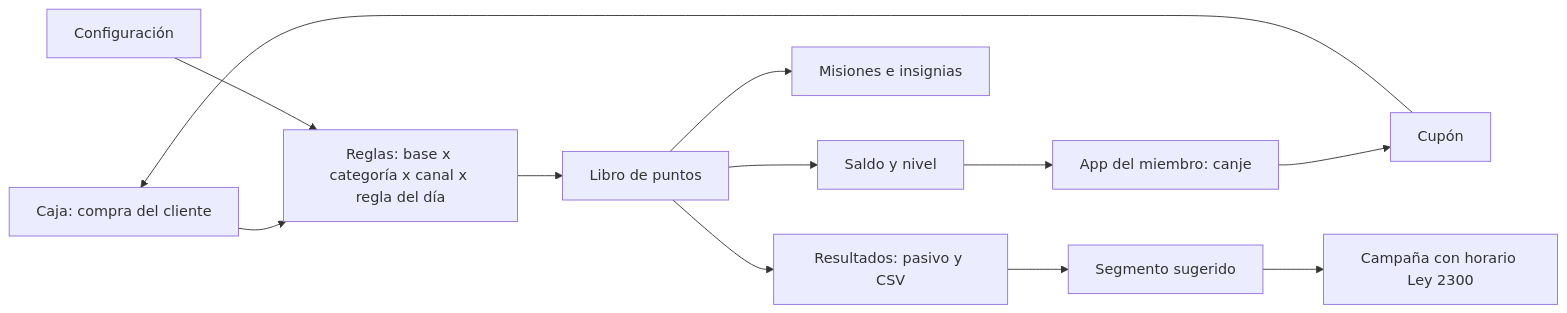
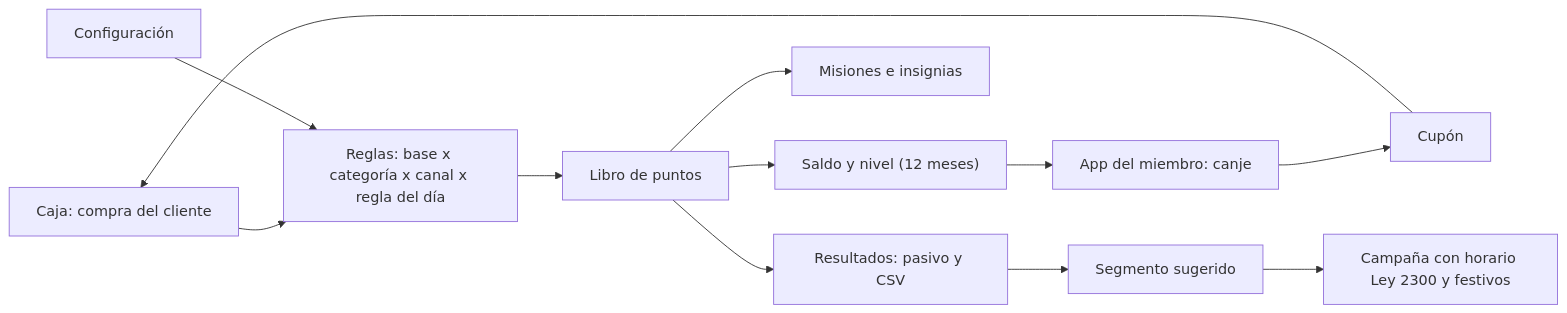
The diagram in docs/wiki/Guia-Demo-loyalty.md (ronalc90/koptup), drawn with Mermaid before and after one commit. The commit also changed other lines of this file and 30 other files, not shown here.

````diff
--- a/docs/wiki/Guia-Demo-loyalty.md
+++ b/docs/wiki/Guia-Demo-loyalty.md
@@ -23,14 +31,14 @@
 ```mermaid
 flowchart LR
     CAJA["Caja: compra del cliente"] --> REG["Reglas: base x categoría x canal x regla del día"]
     REG --> LIB["Libro de puntos"]
-    LIB --> SAL["Saldo y nivel"]
+    LIB --> SAL["Saldo y nivel (12 meses)"]
     LIB --> MIS["Misiones e insignias"]
     SAL --> APP["App del miembro: canje"]
     APP --> CUP["Cupón"]
     CUP --> CAJA
     CONF["Configuración"] --> REG
     LIB --> RES["Resultados: pasivo y CSV"]
     RES --> SEG["Segmento sugerido"]
-    SEG --> CAM["Campaña con horario Ley 2300"]
+    SEG --> CAM["Campaña con horario Ley 2300 y festivos"]
 ```
````
